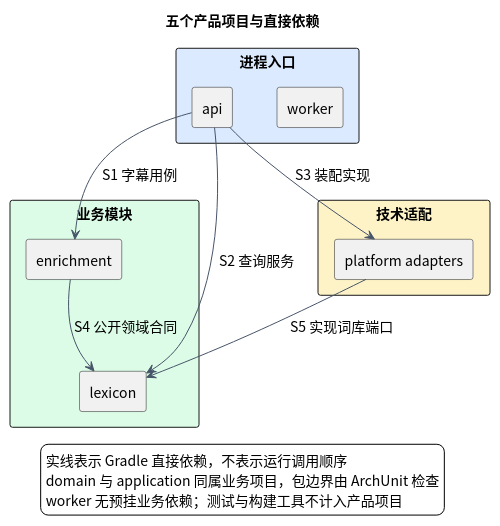
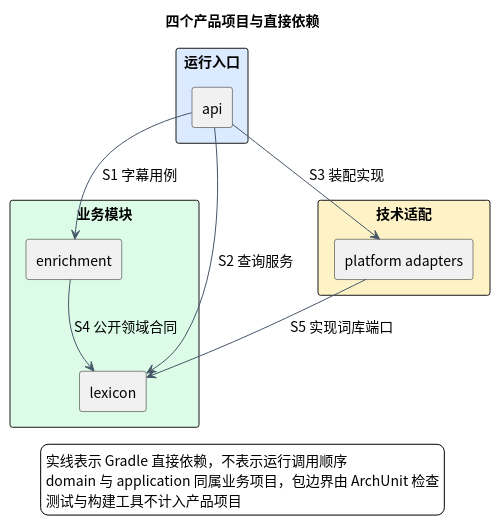
Before and after one commit to iampkuhz/lexiflow: the diagram in docs/architecture/boundaries.md, drawn with PlantUML. The commit also changed other lines of this file and 24 other files, not shown here.

````diff
--- a/docs/architecture/boundaries.md
+++ b/docs/architecture/boundaries.md
@@ -22,38 +22,36 @@
 ```plantuml
 @startuml
 skinparam backgroundColor #FFFFFF
 skinparam shadowing false
 skinparam defaultFontName "Noto Sans CJK SC"
 skinparam defaultFontSize 14
 skinparam componentStyle rectangle
 skinparam packageStyle rectangle
 skinparam nodesep 45
 skinparam ranksep 70
 skinparam ArrowColor #475569
-title 五个产品项目与直接依赖
+title 四个产品项目与直接依赖
 top to bottom direction
-package "进程入口" #DBEAFE {
+package "运行入口" #DBEAFE {
   component "api" as api
-  component "worker" as worker
 }
 package "业务模块" #DCFCE7 {
   component "enrichment" as enrichment
   component "lexicon" as lexicon
 }
 package "技术适配" #FEF3C7 {
   component "platform adapters" as adapters
 }
-api -[hidden]right- worker
 enrichment -[hidden]right- lexicon
 api --> enrichment : S1 字幕用例
 api --> lexicon : S2 查询服务
 api --> adapters : S3 装配实现
 enrichment --> lexicon : S4 公开领域合同
 adapters --> lexicon : S5 实现词库端口
 legend bottom
   实线表示 Gradle 直接依赖，不表示运行调用顺序
   domain 与 application 同属业务项目，包边界由 ArchUnit 检查
-  worker 无预挂业务依赖；测试与构建工具不计入产品项目
+  测试与构建工具不计入产品项目
 endlegend
 @enduml
 ```
````
